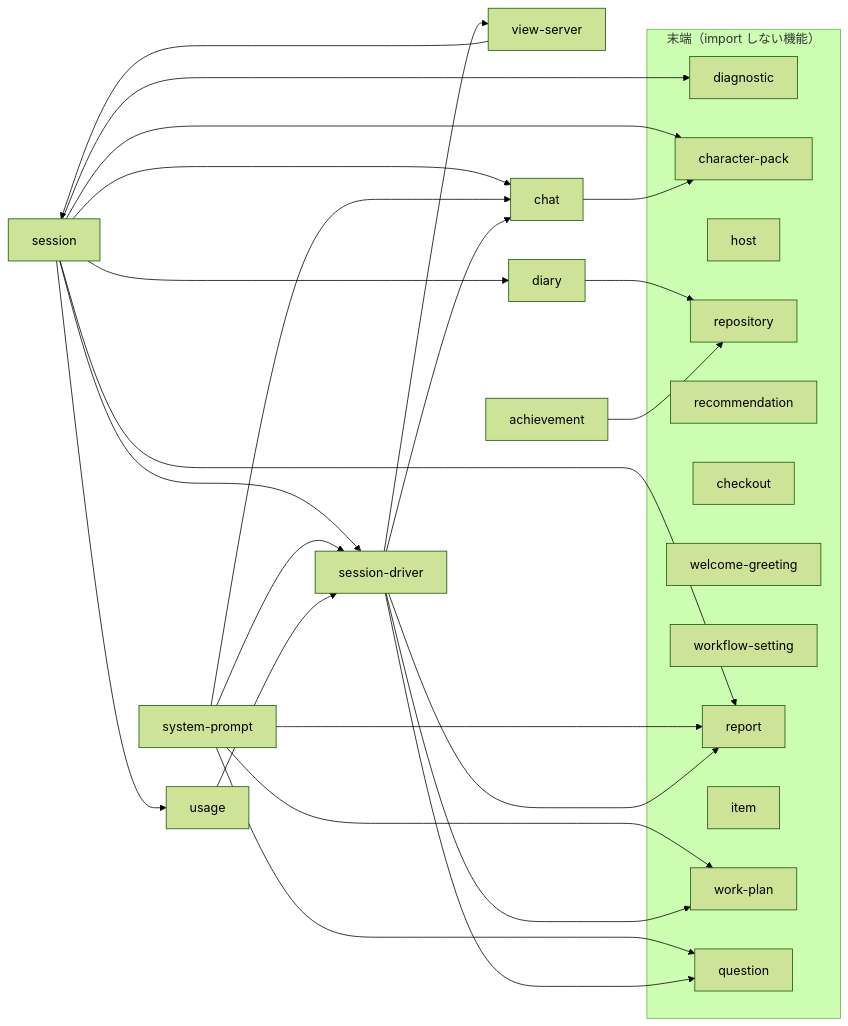
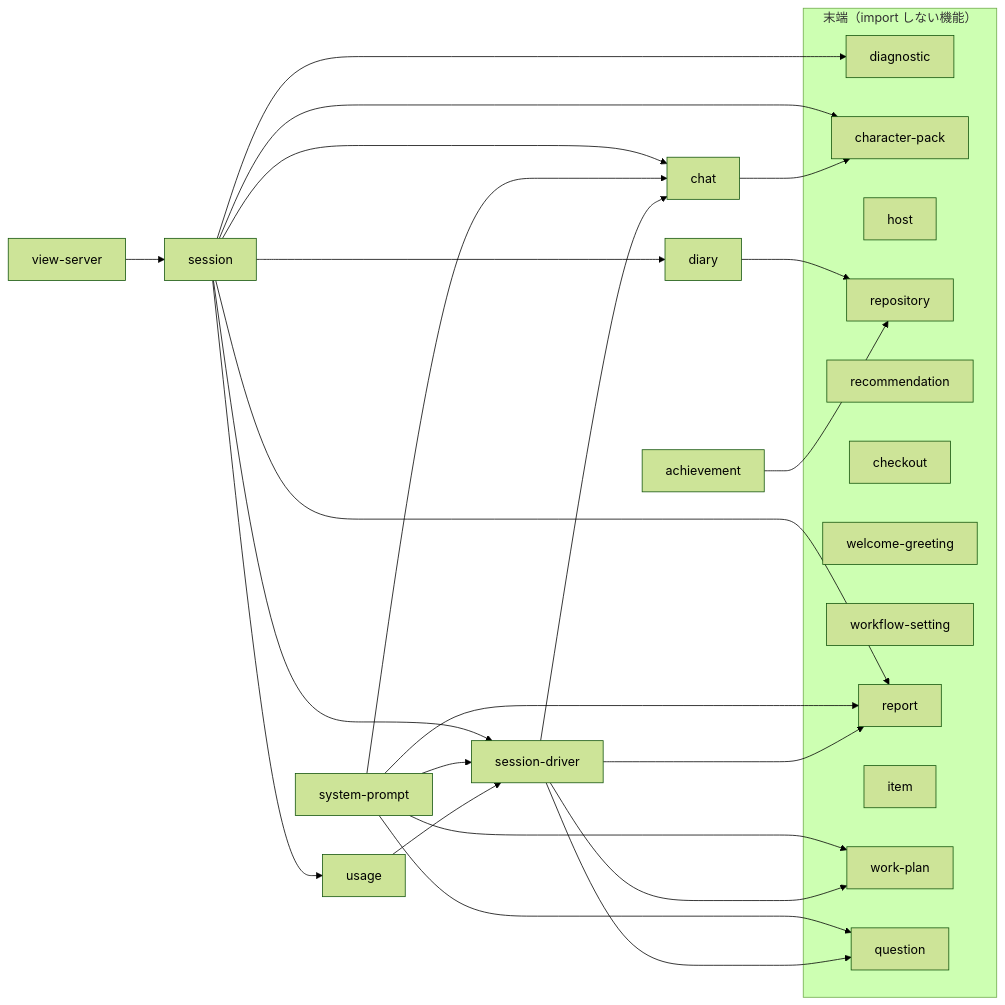
Before and after one commit to sinnlosses/tsukumo: the fourth of 4 diagrams in docs/guide/overview.md, drawn with Mermaid (forest theme). The commit also changed 14 other files, not shown here.

Commit message:
GH-2156: session-driver が view-server を読む唯一の理由のポート定数を shared へ移し、機能の輪をほどいた

````diff
--- a/docs/guide/overview.md
+++ b/docs/guide/overview.md
@@ -116,47 +116,46 @@
 ```mermaid
 flowchart LR
   session["session"]
   system_prompt["system-prompt"]
   view_server["view-server"]
   chat["chat"]
   usage["usage"]
   session_driver["session-driver"]
   diary["diary"]
   achievement["achievement"]
   subgraph leaves["末端（import しない機能）"]
     diagnostic["diagnostic"]
     character_pack["character-pack"]
     host["host"]
     repository["repository"]
     recommendation["recommendation"]
     checkout["checkout"]
     welcome_greeting["welcome-greeting"]
     workflow_setting["workflow-setting"]
     report["report"]
     item["item"]
     work_plan["work-plan"]
     question["question"]
   end
   session --> session_driver
   session --> chat
   session --> diary
   session --> usage
   session --> diagnostic
   session --> character_pack
   session --> report
   system_prompt --> session_driver
   system_prompt --> chat
   system_prompt --> report
   system_prompt --> work_plan
   system_prompt --> question
   view_server --> session
   chat --> character_pack
   usage --> session_driver
   session_driver --> report
-  session_driver --> view_server
   session_driver --> chat
   session_driver --> work_plan
   session_driver --> question
   diary --> repository
   achievement --> repository
 ```
````
